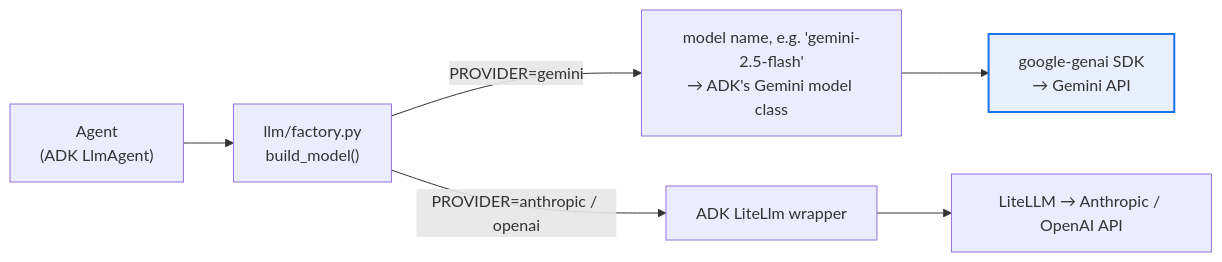
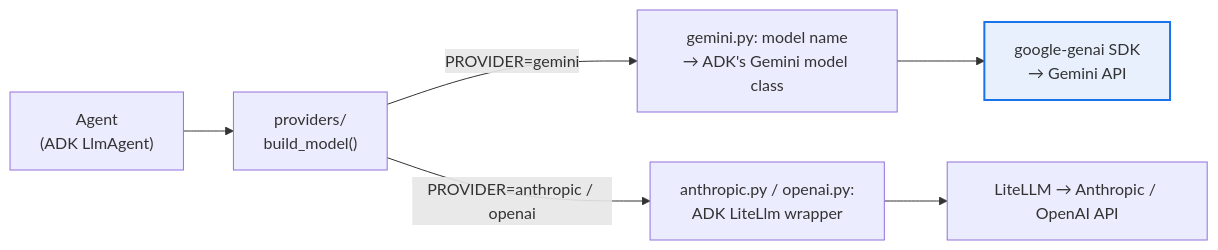
Before and after one commit to kirankumar0710/ai-sport-coach: the first of 4 diagrams in docs/ARCHITECTURE.md, drawn with Mermaid. The commit also changed other lines of this file and 17 other files, not shown here.

First line of the commit message:
Restructure LLM layer into providers/ with one adapter per vendor

````diff
--- a/docs/ARCHITECTURE.md
+++ b/docs/ARCHITECTURE.md
@@ -50,9 +50,9 @@
 ```mermaid
 flowchart LR
-    A["Agent<br/>(ADK LlmAgent)"] --> F["llm/factory.py<br/>build_model()"]
-    F -- "PROVIDER=gemini" --> G["model name, e.g. 'gemini-2.5-flash'<br/>→ ADK's Gemini model class"]
+    A["Agent<br/>(ADK LlmAgent)"] --> F["providers/<br/>build_model()"]
+    F -- "PROVIDER=gemini" --> G["gemini.py: model name<br/>→ ADK's Gemini model class"]
     G --> GA["google-genai SDK<br/>→ Gemini API"]
-    F -- "PROVIDER=anthropic / openai" --> L["ADK LiteLlm wrapper"]
+    F -- "PROVIDER=anthropic / openai" --> L["anthropic.py / openai.py:<br/>ADK LiteLlm wrapper"]
     L --> LA["LiteLLM → Anthropic / OpenAI API"]
     style GA fill:#e8f0fe,stroke:#1a73e8,stroke-width:2px
 ```
````
